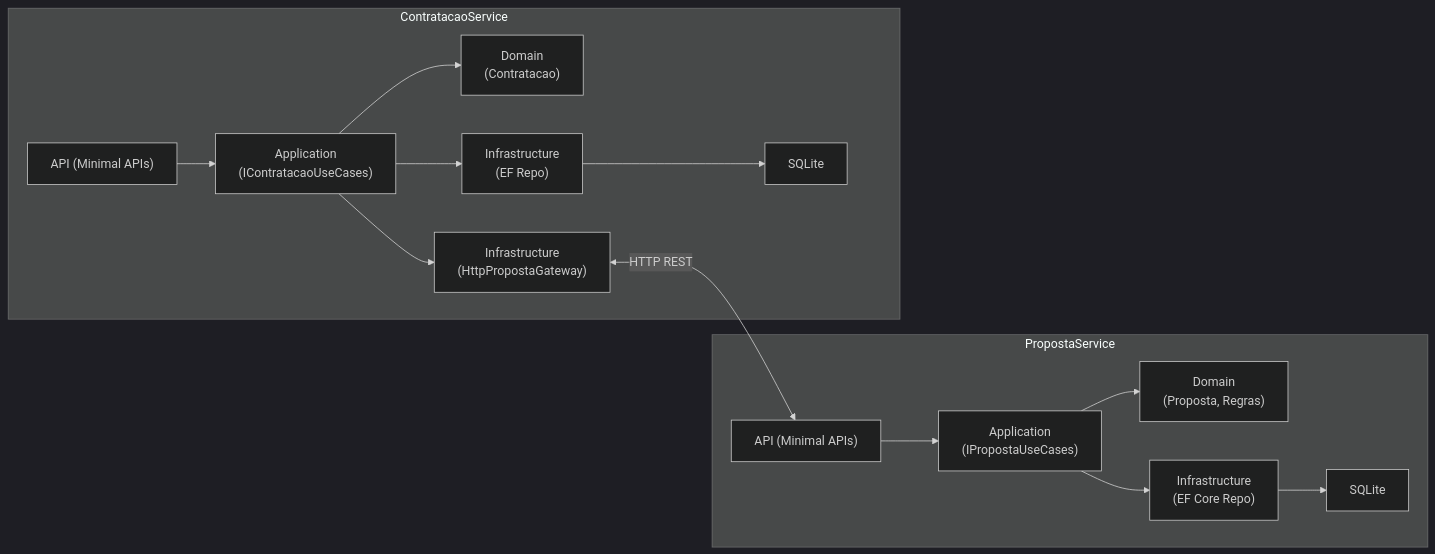
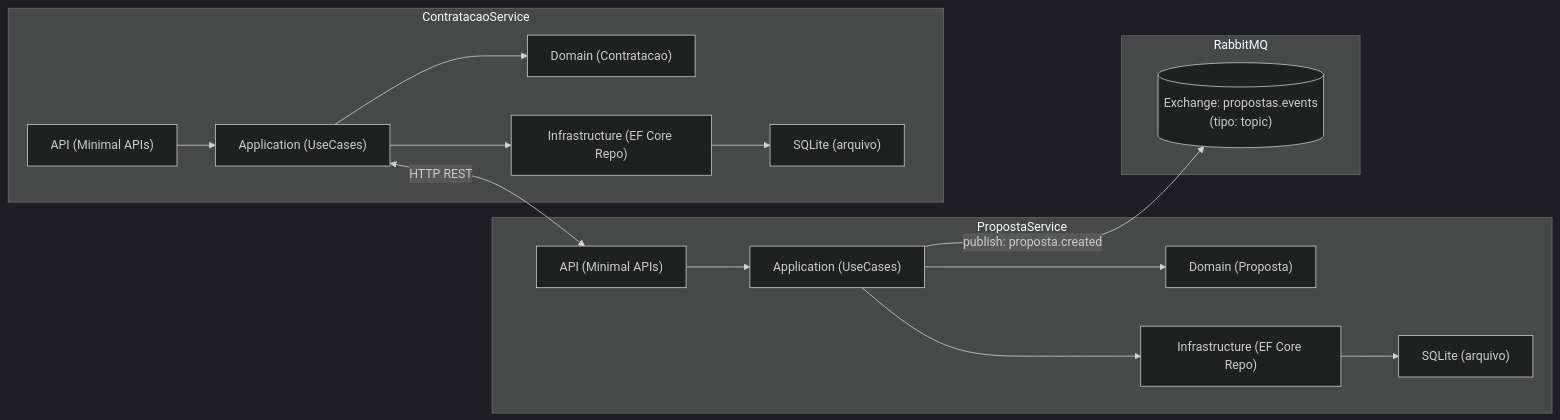
The first of 2 diagrams in README.md (ivaldobatista/FluxoSeguro), drawn with Mermaid (dark theme) before and after one commit. The commit also changed other lines of this file and 8 other files, not shown here.

````diff
--- a/README.md
+++ b/README.md
@@ -58,24 +30,28 @@
 ```mermaid
 flowchart LR
   subgraph PropostaService
     A1["API (Minimal APIs)"]
-    A2["Application\n(IPropostaUseCases)"]
-    A3["Domain\n(Proposta, Regras)"]
-    A4["Infrastructure\n(EF Core Repo)"]
+    A2["Application (UseCases)"]
+    A3["Domain (Proposta)"]
+    A4["Infrastructure (EF Core Repo)"]
     A1 --> A2 --> A3
-    A2 --> A4 --> DB1["SQLite"]
+    A2 --> A4 --> DB1["SQLite (arquivo)"]
+  end
+
+  subgraph RabbitMQ
+    EX[("Exchange: propostas.events\n(tipo: topic)")]
   end
 
   subgraph ContratacaoService
     B1["API (Minimal APIs)"]
-    B2["Application\n(IContratacaoUseCases)"]
-    B3["Domain\n(Contratacao)"]
-    B4["Infrastructure\n(EF Repo)"]
-    B5["Infrastructure\n(HttpPropostaGateway)"]
+    B2["Application (UseCases)"]
+    B3["Domain (Contratacao)"]
+    B4["Infrastructure (EF Core Repo)"]
     B1 --> B2 --> B3
-    B2 --> B4 --> DB2["SQLite"]
+    B2 --> B4 --> DB2["SQLite (arquivo)"]
   end
 
-  B5 <-- "HTTP REST" --> A1
-  B2 --> B5
+  %% Fluxos
+  A2 -- "publish: proposta.created" --> EX
+  B2 <-->|"HTTP REST"| A1
 ```
````
